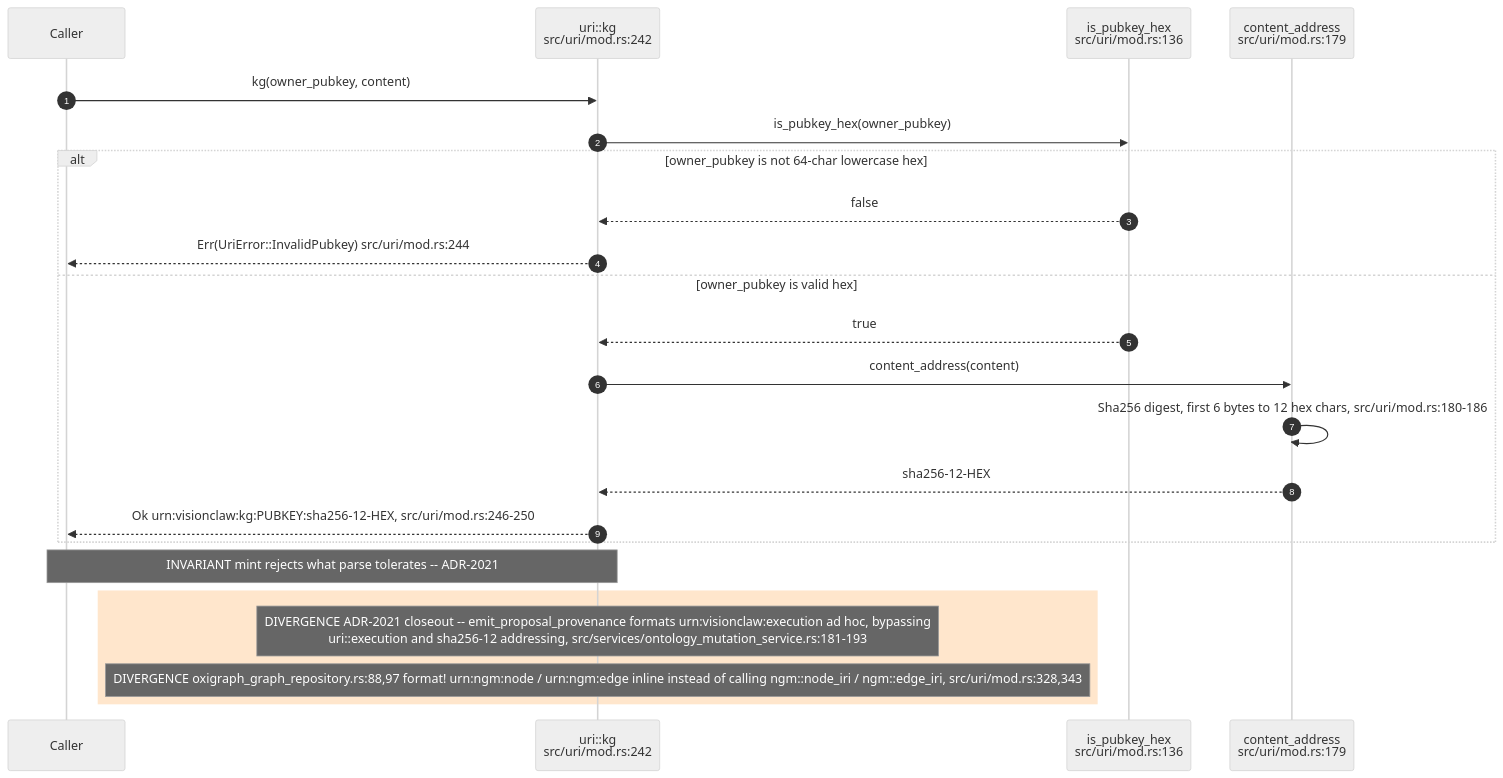
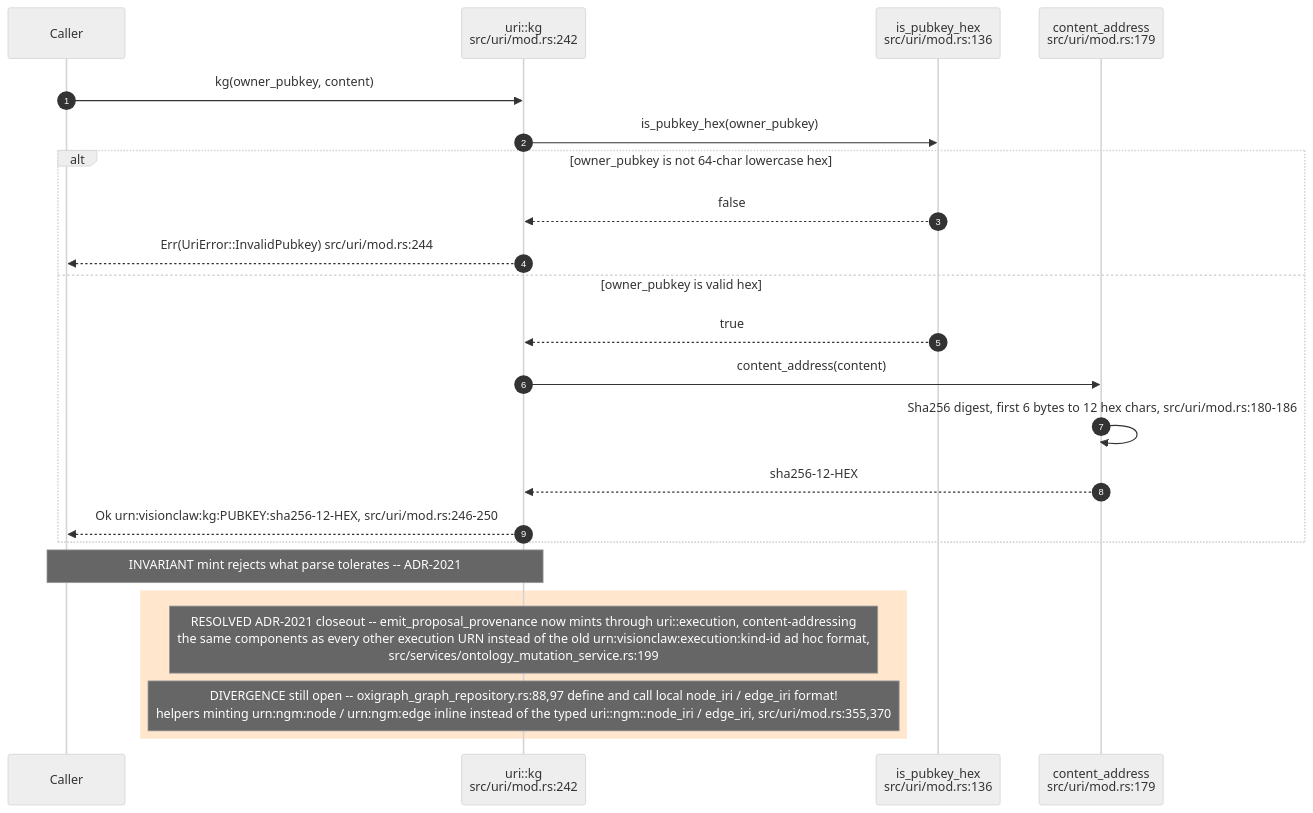
One commit to DreamLab-AI/VisionFlow changed the second of 10 diagrams in docs/diagrams/visionclaw/23-identifiers-urn-did-sha12.md. Above: the diagram before and after it, drawn with Mermaid (neutral theme). The commit also changed other lines of this file and 136 other files, not shown here.

First line of the commit message:
docs(diagrams): refresh the whole corpus to code HEAD and prune low-value diagrams

````diff
--- a/docs/diagrams/visionclaw/23-identifiers-urn-did-sha12.md
+++ b/docs/diagrams/visionclaw/23-identifiers-urn-did-sha12.md
@@ -97,25 +97,25 @@
 ```mermaid
 sequenceDiagram
     autonumber
     participant Caller
     participant U as uri::kg<br/>src/uri/mod.rs:242
     participant PK as is_pubkey_hex<br/>src/uri/mod.rs:136
     participant CA as content_address<br/>src/uri/mod.rs:179
     Caller->>U: kg(owner_pubkey, content)
     U->>PK: is_pubkey_hex(owner_pubkey)
     alt owner_pubkey is not 64-char lowercase hex
         PK-->>U: false
         U-->>Caller: Err(UriError::InvalidPubkey) src/uri/mod.rs:244
     else owner_pubkey is valid hex
         PK-->>U: true
         U->>CA: content_address(content)
         CA->>CA: Sha256 digest, first 6 bytes to 12 hex chars, src/uri/mod.rs:180-186
         CA-->>U: sha256-12-HEX
         U-->>Caller: Ok urn:visionclaw:kg:PUBKEY:sha256-12-HEX, src/uri/mod.rs:246-250
     end
     Note over Caller,U: INVARIANT mint rejects what parse tolerates -- ADR-2021
     rect rgb(255,230,204)
-    Note over U: DIVERGENCE ADR-2021 closeout -- emit_proposal_provenance formats urn:visionclaw:execution ad hoc, bypassing<br/>uri::execution and sha256-12 addressing, src/services/ontology_mutation_service.rs:181-193
-    Note over U: DIVERGENCE oxigraph_graph_repository.rs:88,97 format! urn:ngm:node / urn:ngm:edge inline instead of calling ngm::node_iri / ngm::edge_iri, src/uri/mod.rs:328,343
+    Note over U: RESOLVED ADR-2021 closeout -- emit_proposal_provenance now mints through uri::execution, content-addressing<br/>the same components as every other execution URN instead of the old urn:visionclaw:execution:kind-id ad hoc format,<br/>src/services/ontology_mutation_service.rs:199
+    Note over U: DIVERGENCE still open -- oxigraph_graph_repository.rs:88,97 define and call local node_iri / edge_iri format!<br/>helpers minting urn:ngm:node / urn:ngm:edge inline instead of the typed uri::ngm::node_iri / edge_iri, src/uri/mod.rs:355,370
     end
 ```
````
